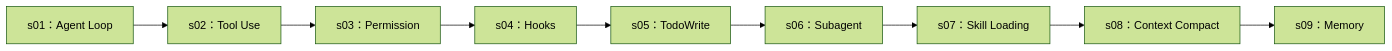
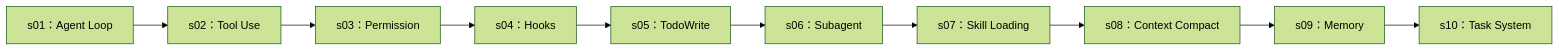
One commit to lyq1119/deepseek-agent-tutorial changed the diagram in README.zh.md. Above: the diagram before and after it, drawn with Mermaid (forest theme). The commit also changed other lines of this file and 8 other files, not shown here.

Commit message:
Add DeepSeek s10 task system lesson

````diff
--- a/README.zh.md
+++ b/README.zh.md
@@ -88,11 +89,12 @@
 ```mermaid
 flowchart LR
     S01["s01：Agent Loop"] --> S02["s02：Tool Use"]
     S02 --> S03["s03：Permission"]
     S03 --> S04["s04：Hooks"]
     S04 --> S05["s05：TodoWrite"]
     S05 --> S06["s06：Subagent"]
     S06 --> S07["s07：Skill Loading"]
     S07 --> S08["s08：Context Compact"]
     S08 --> S09["s09：Memory"]
+    S09 --> S10["s10：Task System"]
 ```
````
